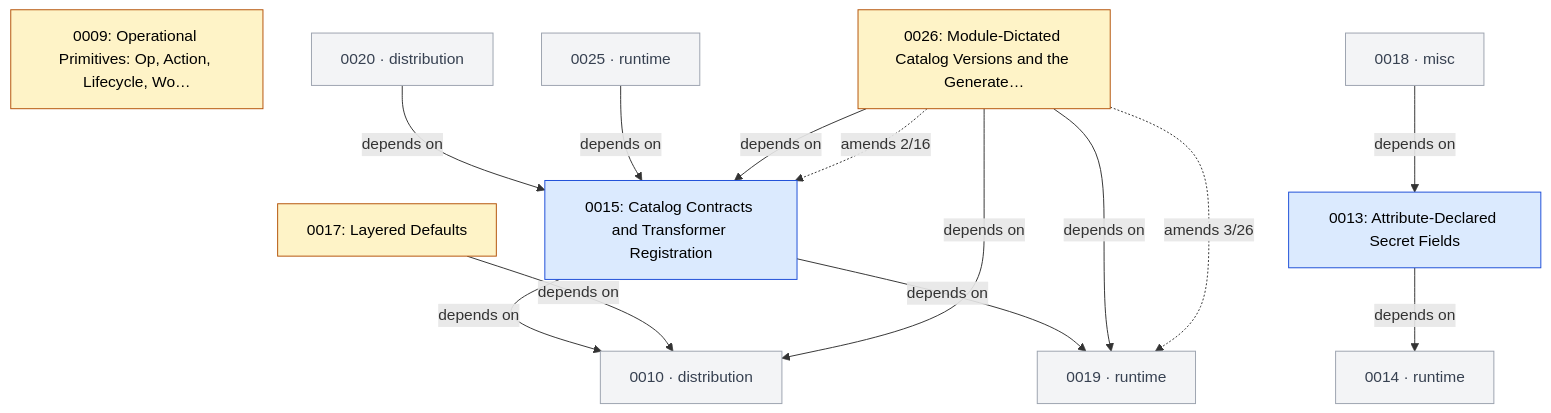
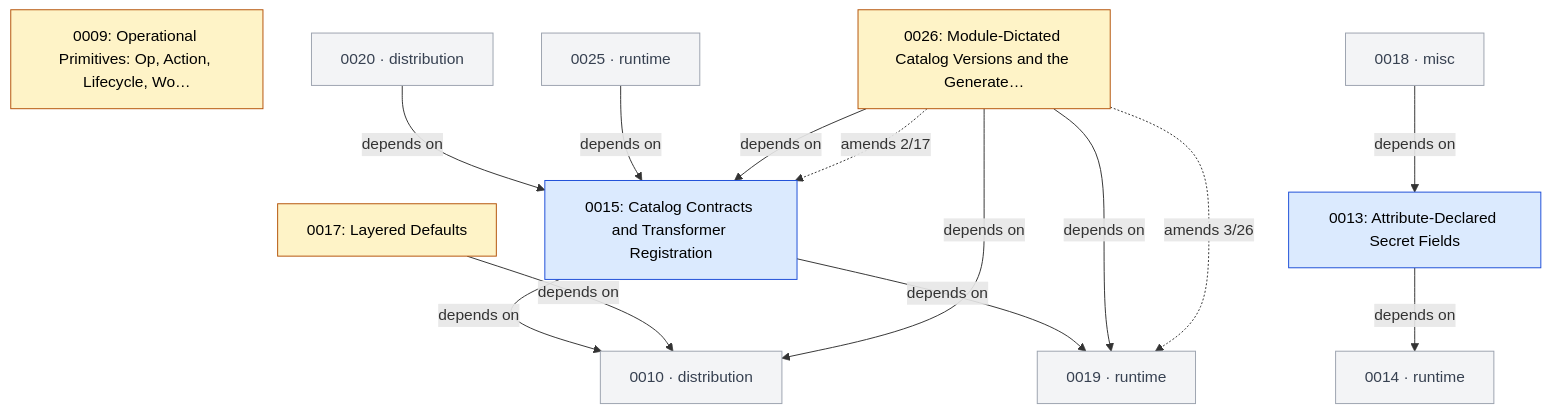
One commit to open-platform-model/enhancements changed the second of 7 diagrams in GRAPH.md. Above: the diagram before and after it, drawn with Mermaid. The commit also changed 8 other files, not shown here.

````diff
--- a/GRAPH.md
+++ b/GRAPH.md
@@ -49,36 +49,36 @@
 ```mermaid
 graph TD
   classDef draft       fill:#fef3c7,stroke:#b45309,color:#000
   classDef accepted    fill:#dbeafe,stroke:#1d4ed8,color:#000
   classDef rejected    fill:#fee2e2,stroke:#b91c1c,color:#7f1d1d,stroke-dasharray:4 2
   classDef superseded  fill:#e5e7eb,stroke:#6b7280,color:#6b7280
   classDef delivered   fill:#dcfce7,stroke:#15803d,color:#14532d
   classDef legacy      fill:#fafafa,stroke:#9ca3af,color:#6b7280,stroke-dasharray:3 3
   classDef stub        fill:#f3f4f6,stroke:#9ca3af,color:#374151
   classDef category    fill:#ede9fe,stroke:#6d28d9,color:#000
 
   N0009["0009: Operational Primitives: Op, Action, Lifecycle, Wo…"]:::draft
   N0013["0013: Attribute-Declared Secret Fields"]:::accepted
   N0015["0015: Catalog Contracts and Transformer Registration"]:::accepted
   N0017["0017: Layered Defaults"]:::draft
   N0026["0026: Module-Dictated Catalog Versions and the Generate…"]:::draft
   N0010["0010 · distribution"]:::stub
   N0014["0014 · runtime"]:::stub
   N0018["0018 · misc"]:::stub
   N0019["0019 · runtime"]:::stub
   N0020["0020 · distribution"]:::stub
   N0025["0025 · runtime"]:::stub
 
   N0013 -->|depends on| N0014
   N0015 -->|depends on| N0010
   N0015 -->|depends on| N0019
   N0017 -->|depends on| N0010
   N0018 -->|depends on| N0013
   N0020 -->|depends on| N0015
   N0025 -->|depends on| N0015
   N0026 -->|depends on| N0010
   N0026 -->|depends on| N0015
   N0026 -->|depends on| N0019
-  N0026 -.->|amends 2/16| N0015
+  N0026 -.->|amends 2/17| N0015
   N0026 -.->|amends 3/26| N0019
 ```
````
